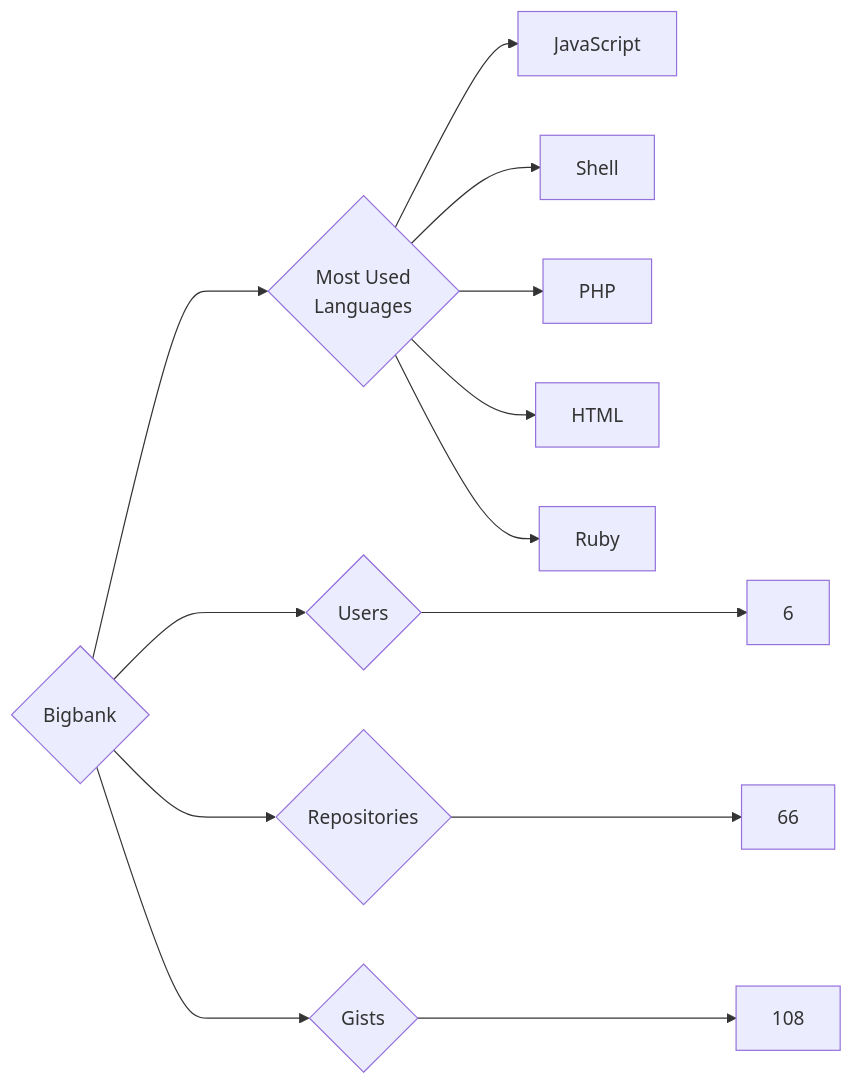
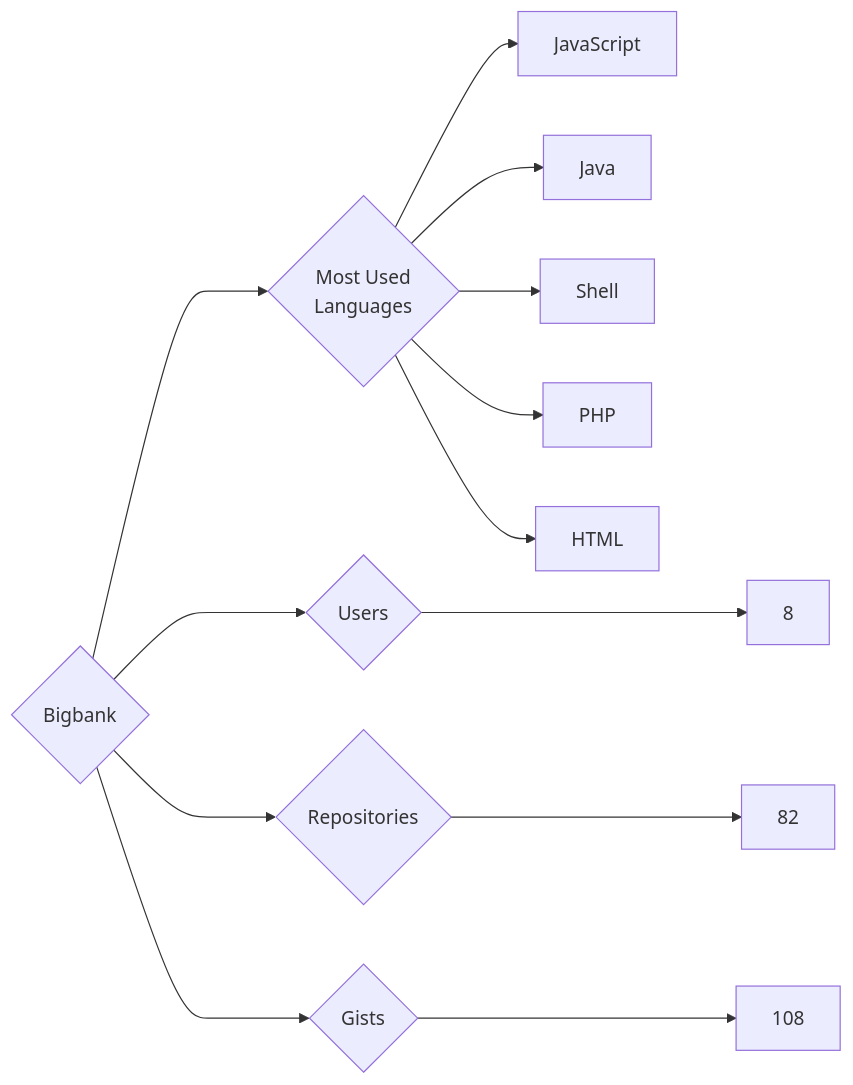
One commit to trickest/insiders changed the diagram in targets/Bigbank/README.md. Above: the diagram before and after it, drawn with Mermaid. The commit also changed 553 other files, not shown here.

````diff
--- a/targets/Bigbank/README.md
+++ b/targets/Bigbank/README.md
@@ -3,13 +3,13 @@
 ```mermaid
 graph LR
 COMPANY_NAME{Bigbank}
-COMPANY_NAME ---> U{Users} ---> UN[6]
-COMPANY_NAME ---> R{Repositories} ---> RN[66]
+COMPANY_NAME ---> U{Users} ---> UN[8]
+COMPANY_NAME ---> R{Repositories} ---> RN[82]
 COMPANY_NAME ---> G{Gists} ---> GN[108]
 COMPANY_NAME ---> ML{Most Used<br>Languages}
 ML --> JavaScript[JavaScript]
+ML --> Java[Java]
 ML --> Shell[Shell]
 ML --> PHP[PHP]
 ML --> HTML[HTML]
-ML --> Ruby[Ruby]
 ```
````
